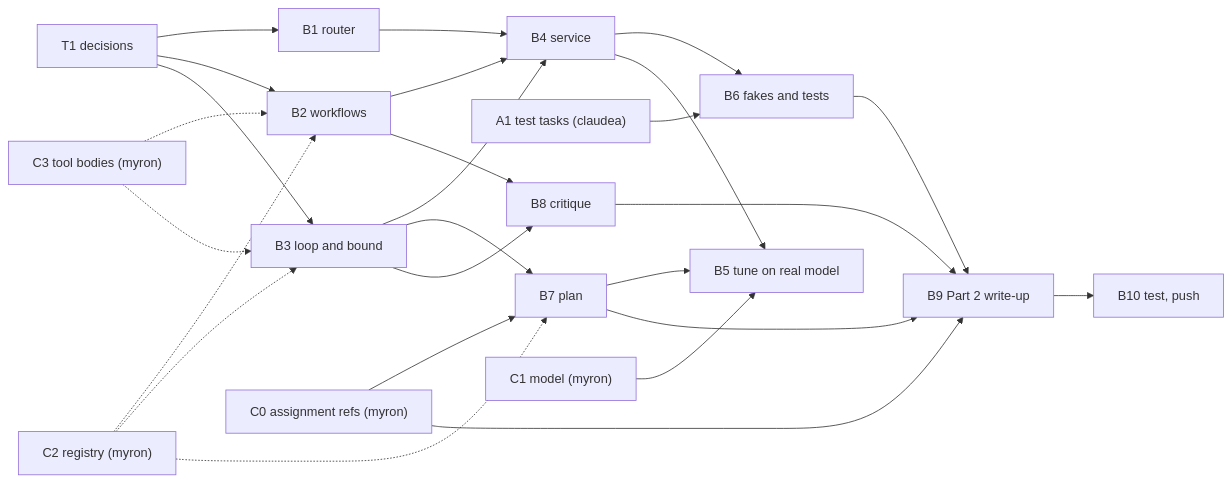
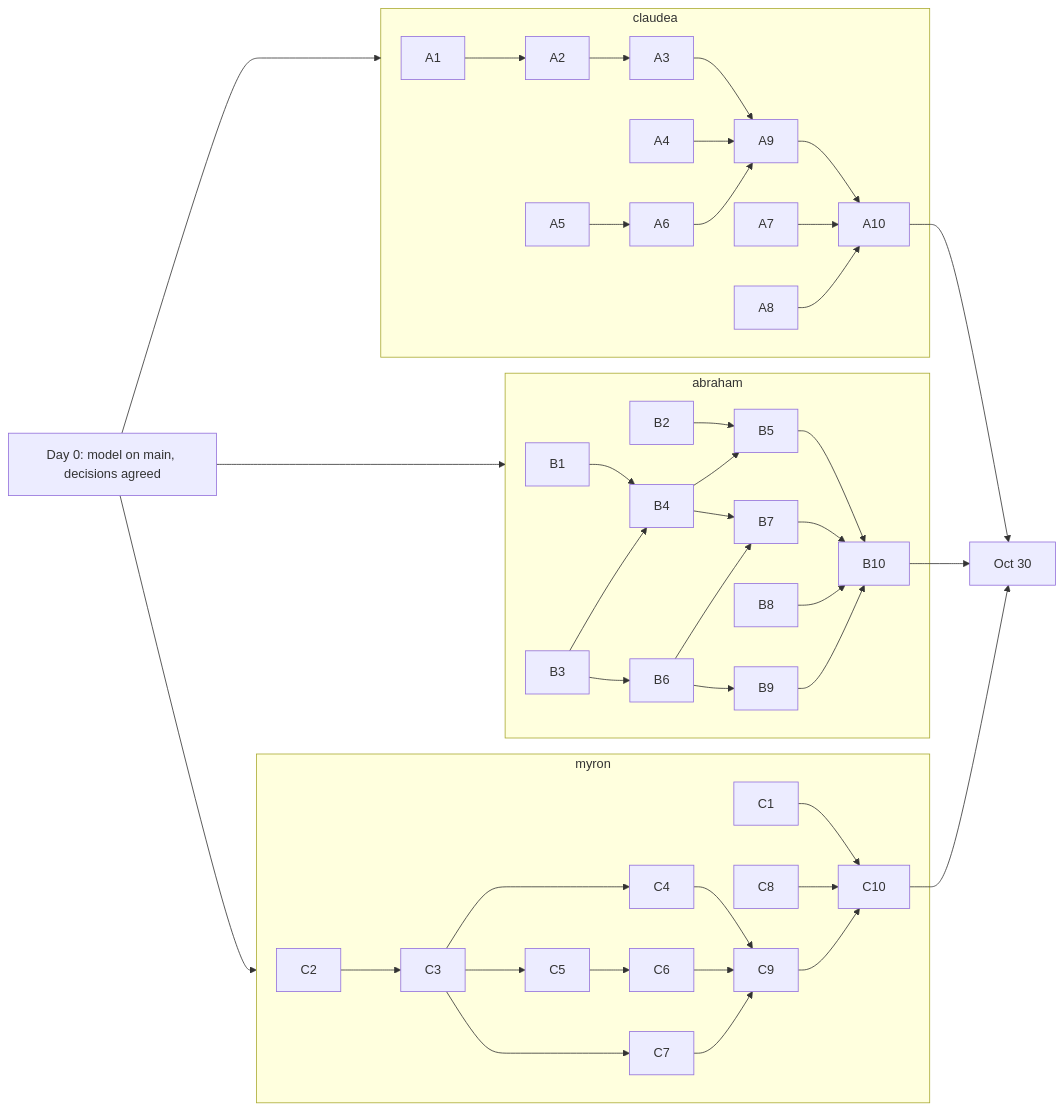
The first of 2 diagrams in PLAN.md (MyronLiu999/agentic-ai-project), drawn with Mermaid before and after one commit. The commit also changed other lines of this file and 7 other files, not shown here.

````diff
--- a/PLAN.md
+++ b/PLAN.md
@@ -486,16 +147,33 @@
 ```mermaid
 flowchart LR
-  T1["T1 decisions"] --> B1["B1 router"] & B2["B2 workflows"] & B3["B3 loop and bound"]
-  B1 & B2 & B3 --> B4["B4 service"]
-  A1["A1 test tasks (claudea)"] --> B6["B6 fakes and tests"]
-  B4 --> B6
-  B3 --> B7["B7 plan"]
-  B2 & B3 --> B8["B8 critique"]
-  C2["C2 registry (myron)"] -.-> B2 & B3 & B7
-  C3["C3 tool bodies (myron)"] -.-> B2 & B3
-  C1["C1 model (myron)"] --> B5["B5 tune on real model"]
-  B4 --> B5
-  B7 --> B5
-  C0["C0 assignment refs (myron)"] --> B7 & B9
-  B6 & B7 & B8 --> B9["B9 Part 2 write-up"] --> B10["B10 test, push"]
+  D0["Day 0: model on main, decisions agreed"]
+  subgraph claudea
+    A1 --> A2 --> A3
+    A5 --> A6
+    A3 & A4 & A6 --> A9
+    A7
+    A8
+    A9 & A7 & A8 --> A10
+  end
+  subgraph abraham
+    B1 & B3 --> B4
+    B2 & B4 --> B5
+    B3 --> B6
+    B4 & B6 --> B7
+    B6 --> B9
+    B8
+    B5 & B7 & B8 & B9 --> B10
+  end
+  subgraph myron
+    C2 --> C3
+    C3 --> C4
+    C3 --> C5 --> C6
+    C3 --> C7
+    C1
+    C8
+    C4 & C6 & C7 --> C9
+    C1 & C8 & C9 --> C10
+  end
+  D0 --> claudea & abraham & myron
+  A10 & B10 & C10 --> OCT30["Oct 30"]
 ```
````
